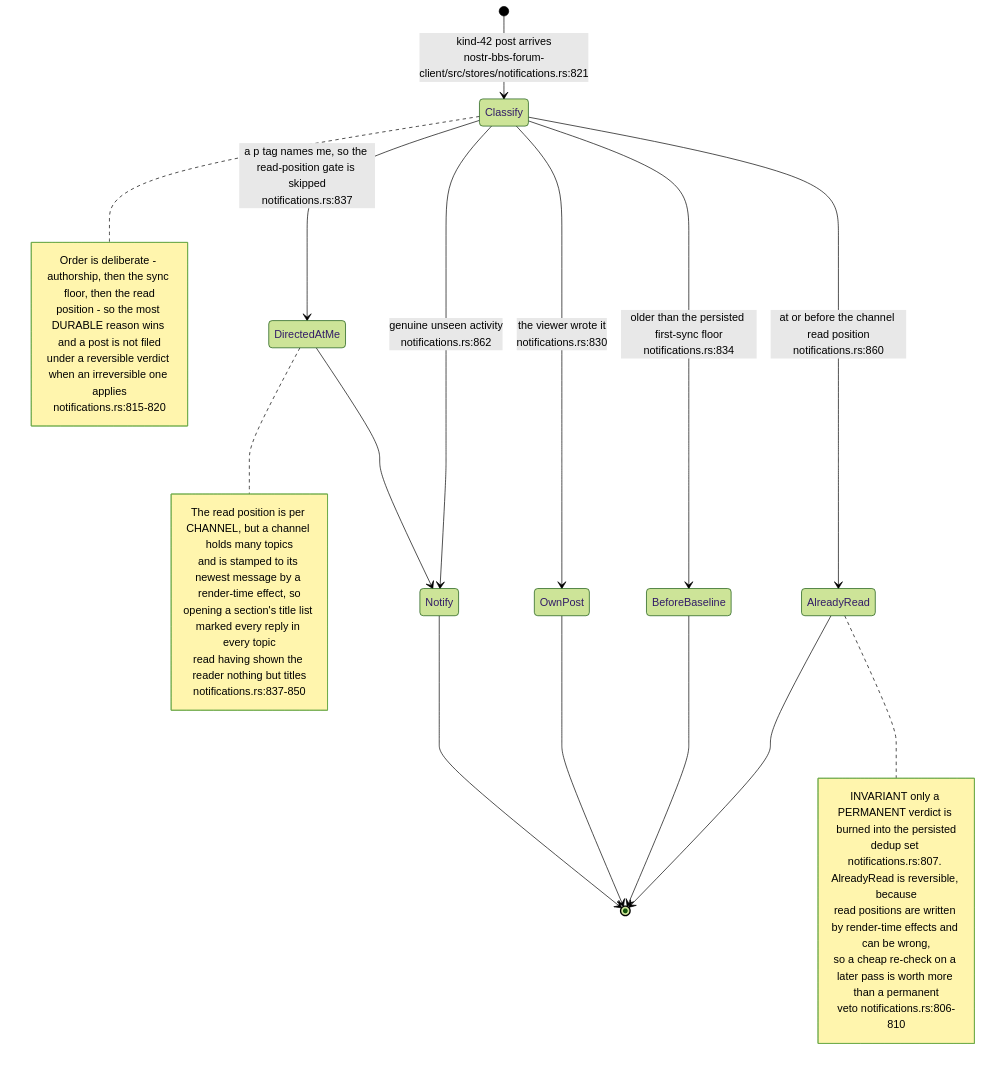
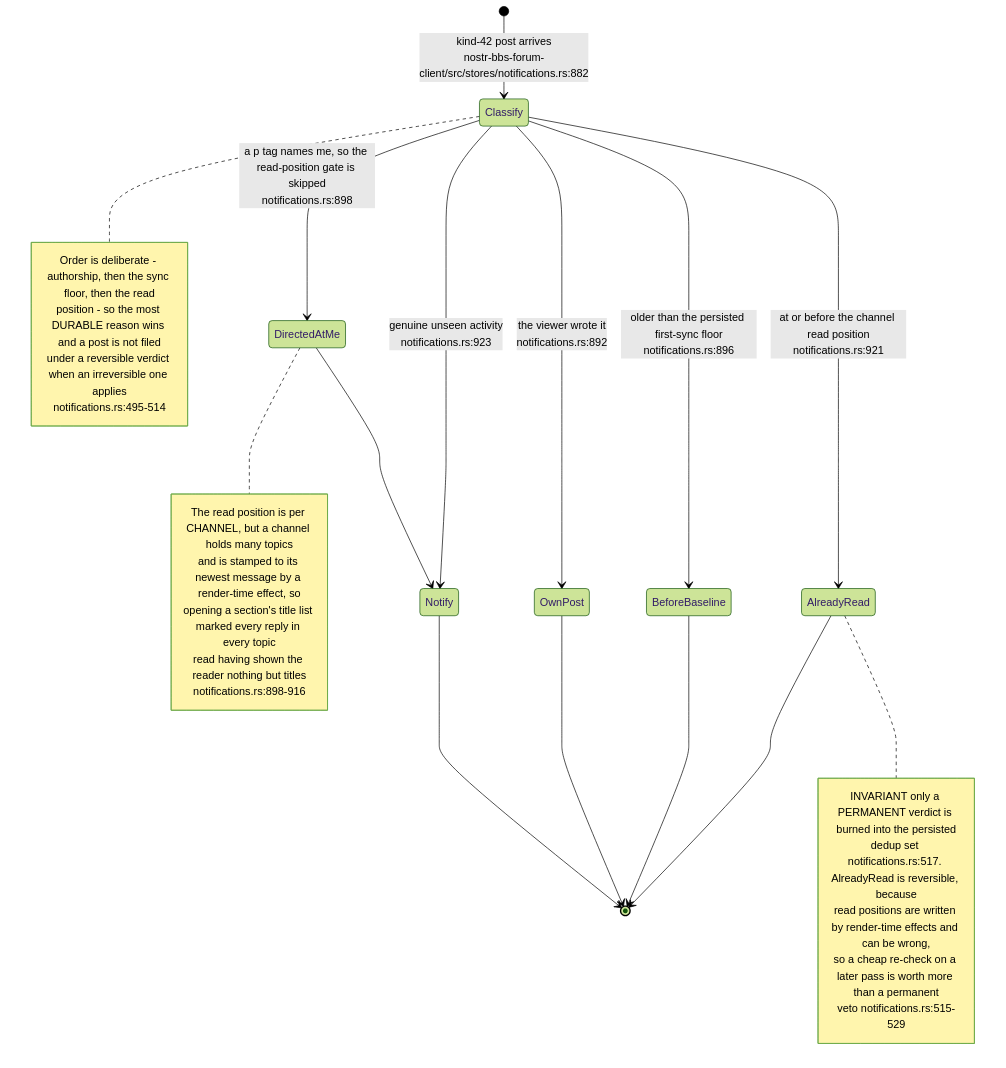
Diagram 13 of 16 in docs/diagrams/nostr-rust-forum/05-leptos-clients-onboarding-messaging-governance.md (DreamLab-AI/VisionFlow), drawn with Mermaid (forest theme) before and after one commit. The commit also changed other lines of this file and 111 other files, not shown here.

Commit message:
docs(diagrams): align estate maps with current source

````diff
--- a/docs/diagrams/nostr-rust-forum/05-leptos-clients-onboarding-messaging-governance.md
+++ b/docs/diagrams/nostr-rust-forum/05-leptos-clients-onboarding-messaging-governance.md
@@ -409,35 +409,35 @@
 ```mermaid
 stateDiagram-v2
-    [*] --> Classify: kind-42 post arrives<br/>nostr-bbs-forum-client/src/stores/notifications.rs:821
-    Classify --> OwnPost: the viewer wrote it<br/>notifications.rs:830
-    Classify --> BeforeBaseline: older than the persisted first-sync floor<br/>notifications.rs:834
-    Classify --> DirectedAtMe: a p tag names me, so the read-position gate is skipped<br/>notifications.rs:837
-    Classify --> AlreadyRead: at or before the channel read position<br/>notifications.rs:860
+    [*] --> Classify: kind-42 post arrives<br/>nostr-bbs-forum-client/src/stores/notifications.rs:882
+    Classify --> OwnPost: the viewer wrote it<br/>notifications.rs:892
+    Classify --> BeforeBaseline: older than the persisted first-sync floor<br/>notifications.rs:896
+    Classify --> DirectedAtMe: a p tag names me, so the read-position gate is skipped<br/>notifications.rs:898
+    Classify --> AlreadyRead: at or before the channel read position<br/>notifications.rs:921
     DirectedAtMe --> Notify
-    Classify --> Notify: genuine unseen activity<br/>notifications.rs:862
+    Classify --> Notify: genuine unseen activity<br/>notifications.rs:923
     Notify --> [*]
     OwnPost --> [*]
     BeforeBaseline --> [*]
     AlreadyRead --> [*]
 
     note right of AlreadyRead
         INVARIANT only a PERMANENT verdict is burned into the persisted
-        dedup set notifications.rs:807. AlreadyRead is reversible, because
+        dedup set notifications.rs:517. AlreadyRead is reversible, because
         read positions are written by render-time effects and can be wrong,
         so a cheap re-check on a later pass is worth more than a permanent
-        veto notifications.rs:806-810
+        veto notifications.rs:515-529
     end note
     note right of DirectedAtMe
         The read position is per CHANNEL, but a channel holds many topics
         and is stamped to its newest message by a render-time effect, so
         opening a section's title list marked every reply in every topic
         read having shown the reader nothing but titles
-        notifications.rs:837-850
+        notifications.rs:898-916
     end note
     note right of Classify
         Order is deliberate - authorship, then the sync floor, then the read
         position - so the most DURABLE reason wins and a post is not filed
         under a reversible verdict when an irreversible one applies
-        notifications.rs:815-820
+        notifications.rs:495-514
     end note
 ```
````
